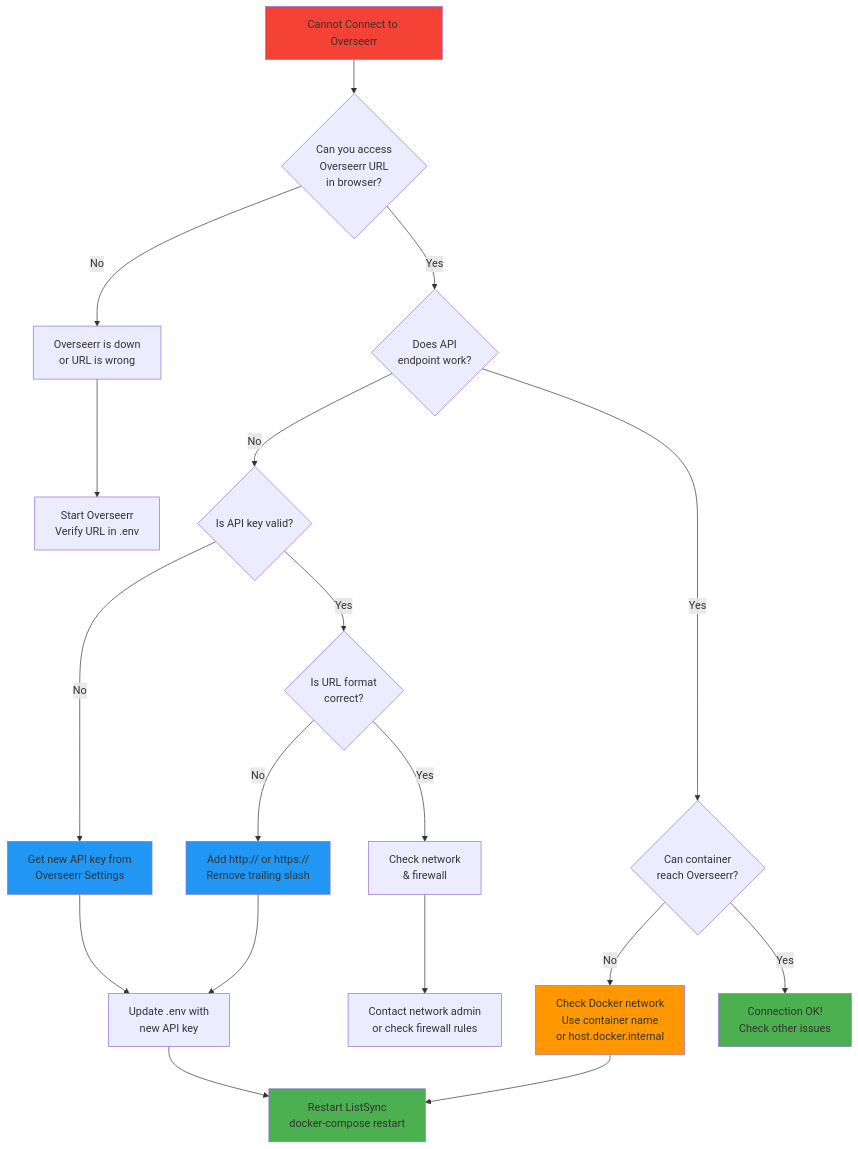
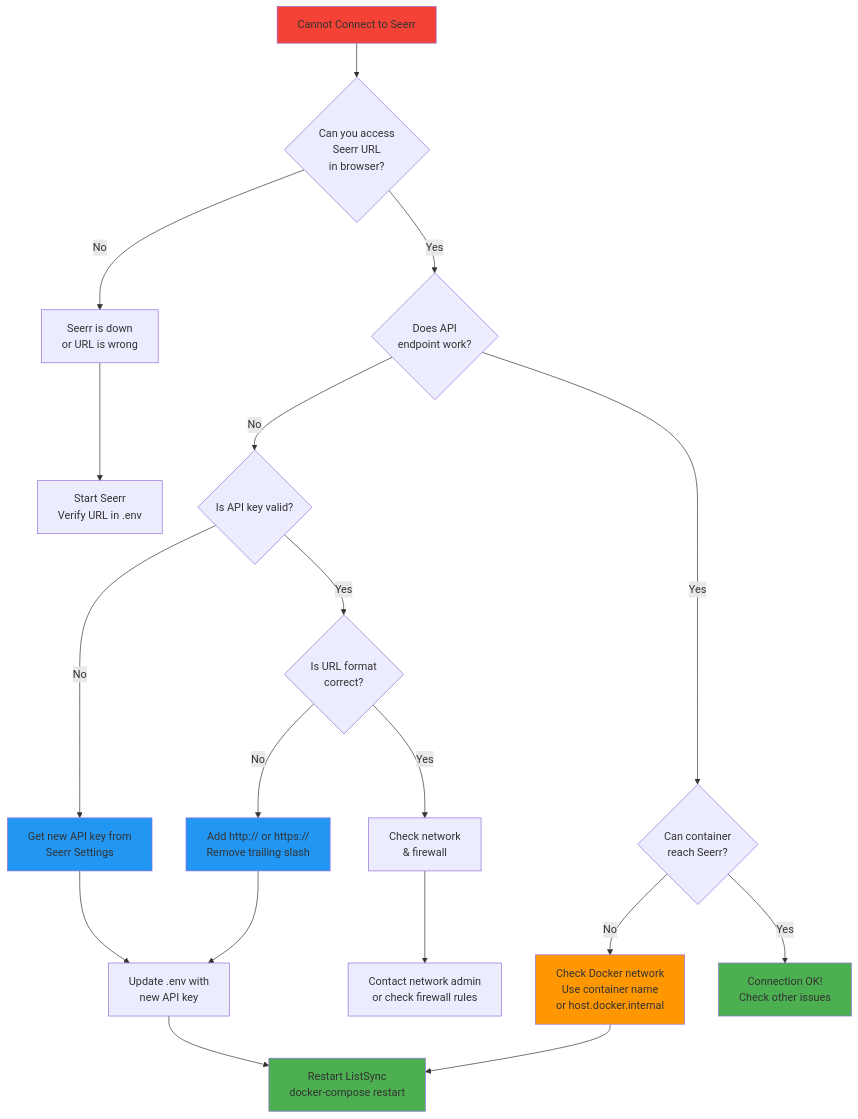
Before and after one commit to KaHooli/list-sync: the second of 4 diagrams in docs/troubleshooting.md, drawn with Mermaid. The commit also changed other lines of this file and 74 other files, not shown here.

````diff
--- a/docs/troubleshooting.md
+++ b/docs/troubleshooting.md
@@ -188,33 +188,33 @@
 ```mermaid
 flowchart TD
-    Start[Cannot Connect to Overseerr] --> TestURL{Can you access<br/>Overseerr URL<br/>in browser?}
+    Start[Cannot Connect to Seerr] --> TestURL{Can you access<br/>Seerr URL<br/>in browser?}
     
-    TestURL -->|No| CheckOverseerr[Overseerr is down<br/>or URL is wrong]
+    TestURL -->|No| CheckOverseerr[Seerr is down<br/>or URL is wrong]
     TestURL -->|Yes| TestAPI{Does API<br/>endpoint work?}
     
     TestAPI -->|No| CheckAPIKey{Is API key valid?}
-    TestAPI -->|Yes| CheckFromContainer{Can container<br/>reach Overseerr?}
+    TestAPI -->|Yes| CheckFromContainer{Can container<br/>reach Seerr?}
     
-    CheckAPIKey -->|No| GetNewKey[Get new API key from<br/>Overseerr Settings]
+    CheckAPIKey -->|No| GetNewKey[Get new API key from<br/>Seerr Settings]
     CheckAPIKey -->|Yes| CheckFormat{Is URL format<br/>correct?}
     
     CheckFormat -->|No| FixFormat[Add http:// or https://<br/>Remove trailing slash]
     CheckFormat -->|Yes| CheckNetwork[Check network<br/>& firewall]
     
     CheckFromContainer -->|No| FixDockerNet[Check Docker network<br/>Use container name<br/>or host.docker.internal]
     CheckFromContainer -->|Yes| Success[Connection OK!<br/>Check other issues]
     
-    CheckOverseerr --> FixOverseerr[Start Overseerr<br/>Verify URL in .env]
+    CheckOverseerr --> FixOverseerr[Start Seerr<br/>Verify URL in .env]
     GetNewKey --> UpdateEnv[Update .env with<br/>new API key]
     FixFormat --> UpdateEnv
     UpdateEnv --> Restart[Restart ListSync<br/>docker-compose restart]
     FixDockerNet --> Restart
     CheckNetwork --> ContactAdmin[Contact network admin<br/>or check firewall rules]
     
     style Start fill:#f44336
     style Success fill:#4CAF50
     style GetNewKey fill:#2196F3
     style FixFormat fill:#2196F3
     style FixDockerNet fill:#FF9800
     style Restart fill:#4CAF50
 ```
````
